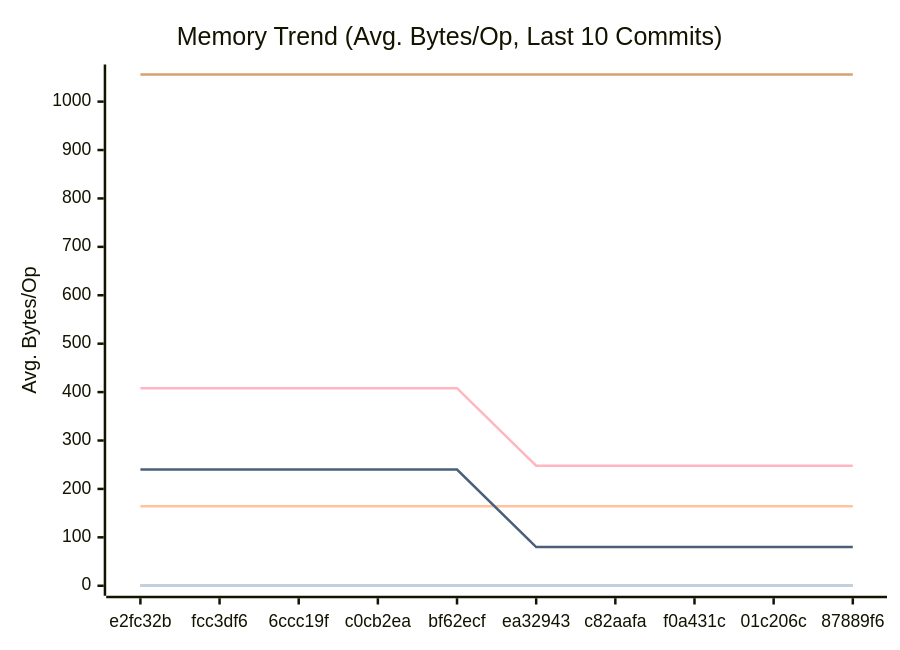
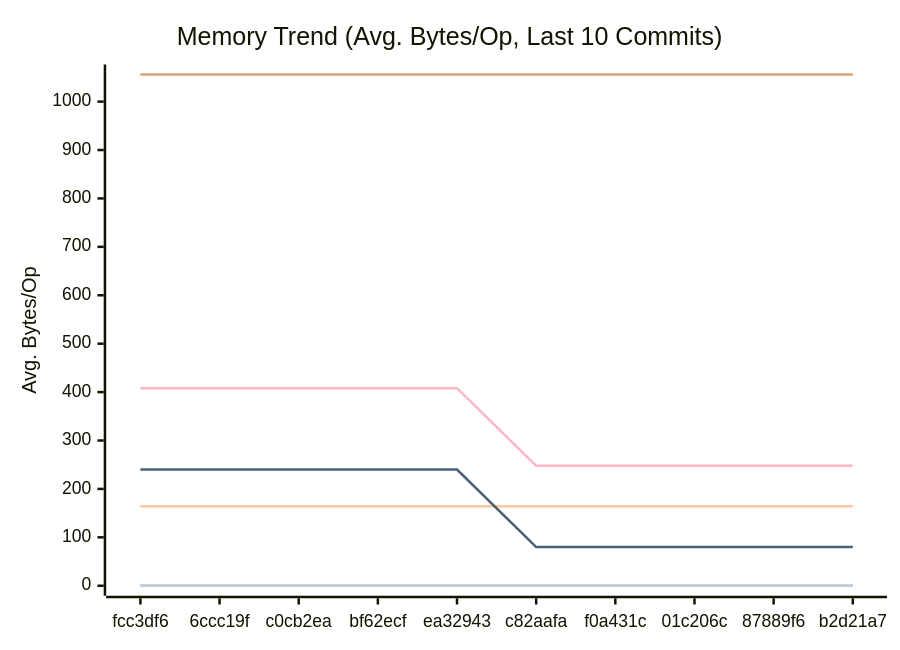
Before and after one commit to alsotoes/momo: the second of 3 diagrams in docs/PERFORMANCE.md, drawn with Mermaid. The commit also changed other lines of this file and 2 other files, not shown here.

````diff
--- a/docs/PERFORMANCE.md
+++ b/docs/PERFORMANCE.md
@@ -97,16 +97,16 @@
 ```mermaid
 xychart-beta
     title "Memory Trend (Avg. Bytes/Op, Last 10 Commits)"
     x-axis "Commit"
     y-axis "Avg. Bytes/Op"
-    x-axis [e2fc32b,fcc3df6,6ccc19f,c0cb2ea,bf62ecf,ea32943,c82aafa,f0a431c,01c206c,87889f6]
+    x-axis [fcc3df6,6ccc19f,c0cb2ea,bf62ecf,ea32943,c82aafa,f0a431c,01c206c,87889f6,b2d21a7]
     line "CheckMetricsAndSwap" [0,0,0,0,0,0,0,0,0,0]
     line "CrushOptimized" [0,0,0,0,0,0,0,0,0,0]
     line "CrushOriginal" [164,164,164,164,164,164,164,164,164,164]
     line "IndexDirectTracking" [0,0,0,0,0,0,0,0,0,0]
     line "IndexSearch" [0,0,0,0,0,0,0,0,0,0]
     line "LoadGlobalConfig" [1056,1056,1056,1056,1056,1056,1056,1056,1056,1056]
     line "PadString" [0,0,0,0,0,0,0,0,0,0]
     line "ParseReplicationOrder_NoPrealloc" [408,408,408,408,408,248,248,248,248,248]
     line "ParseReplicationOrder_Prealloc" [240,240,240,240,240,80,80,80,80,80]
 ```
````
